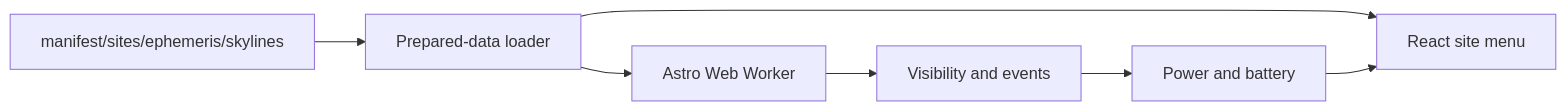
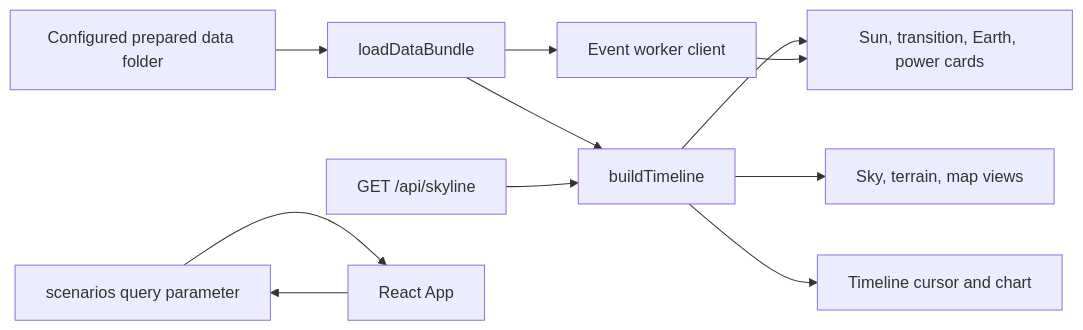
The first of 3 diagrams in docs/WEB_ARCHITECTURE.md (Yacin1102/Lunar-Landing-Site-Navigator), drawn with Mermaid before and after one commit. The commit also changed other lines of this file and 10 other files, not shown here.

````diff
--- a/docs/WEB_ARCHITECTURE.md
+++ b/docs/WEB_ARCHITECTURE.md
@@ -5,9 +17,13 @@
 ```mermaid
 flowchart LR
-  Data[manifest/sites/ephemeris/skylines] --> Loader[Prepared-data loader]
-  Loader --> UI[React site menu]
-  Loader --> Worker[Astro Web Worker]
-  Worker --> Verdict[Visibility and events]
-  Verdict --> Power[Power and battery]
-  Power --> UI
+  Files[Configured prepared data folder] --> Loader[loadDataBundle]
+  Loader --> Model[buildTimeline]
+  Model --> Cards[Sun, transition, Earth, power cards]
+  Model --> Views[Sky, terrain, map views]
+  Model --> Timeline[Timeline cursor and chart]
+  Loader --> Worker[Event worker client]
+  Worker --> Cards
+  API[GET /api/skyline] --> Model
+  URL[scenarios query parameter] --> App[React App]
+  App --> URL
 ```
````
